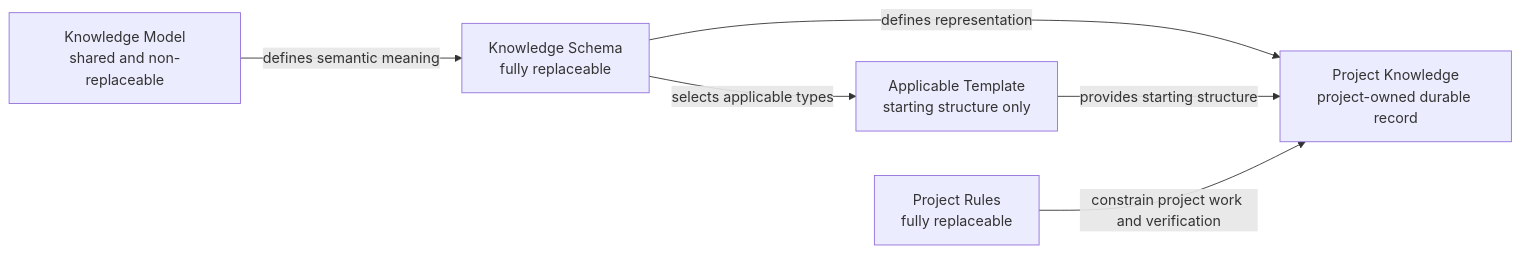
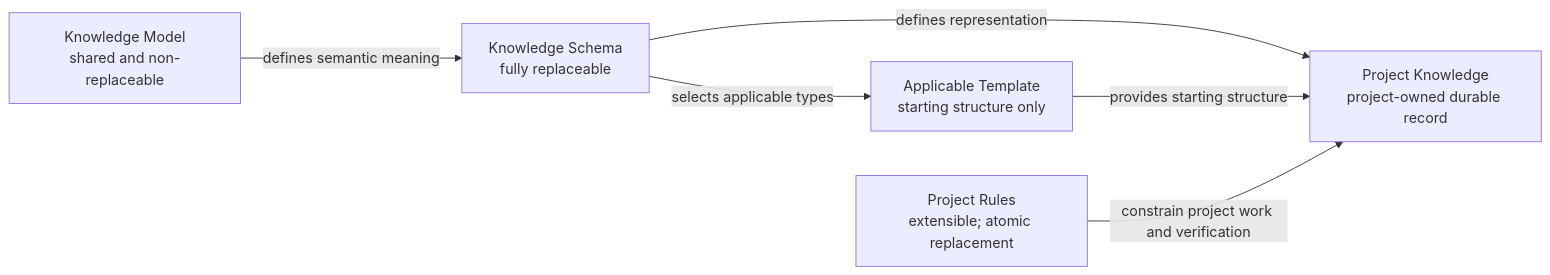
One commit to SuSuSleep/scaffold changed the second of 2 diagrams in knowledge/solution/knowledge-architecture.md. Above: the diagram before and after it, drawn with Mermaid. The commit also changed other lines of this file and 35 other files, not shown here.

Commit message:
feat: evolve project rules into collections

````diff
--- a/knowledge/solution/knowledge-architecture.md
+++ b/knowledge/solution/knowledge-architecture.md
@@ -65,14 +65,14 @@
 ```mermaid
 flowchart LR
   model["Knowledge Model<br/>shared and non-replaceable"]
   schema["Knowledge Schema<br/>fully replaceable"]
   template["Applicable Template<br/>starting structure only"]
-  rules["Project Rules<br/>fully replaceable"]
+  rules["Project Rules<br/>extensible; atomic replacement"]
   knowledge["Project Knowledge<br/>project-owned durable record"]
 
   model -->|defines semantic meaning| schema
   schema -->|defines representation| knowledge
   schema -->|selects applicable types| template
   template -->|provides starting structure| knowledge
   rules -->|constrain project work and verification| knowledge
 ```
````
